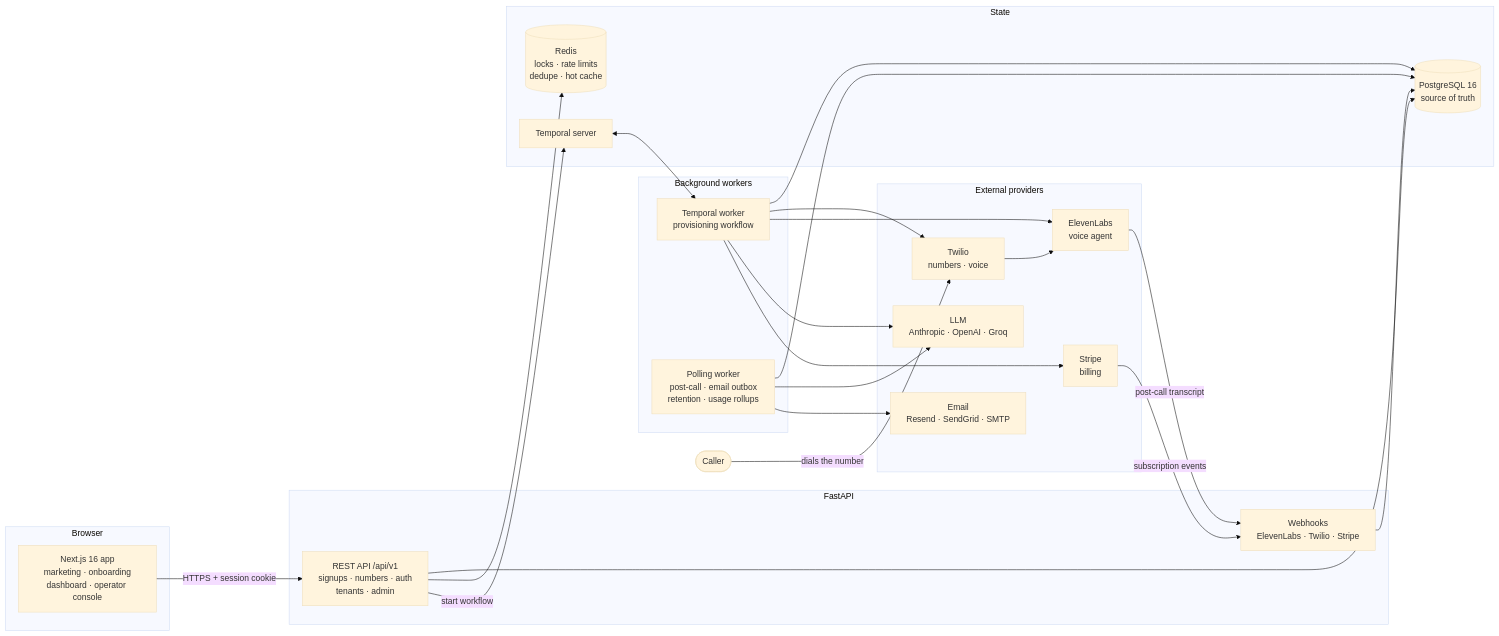
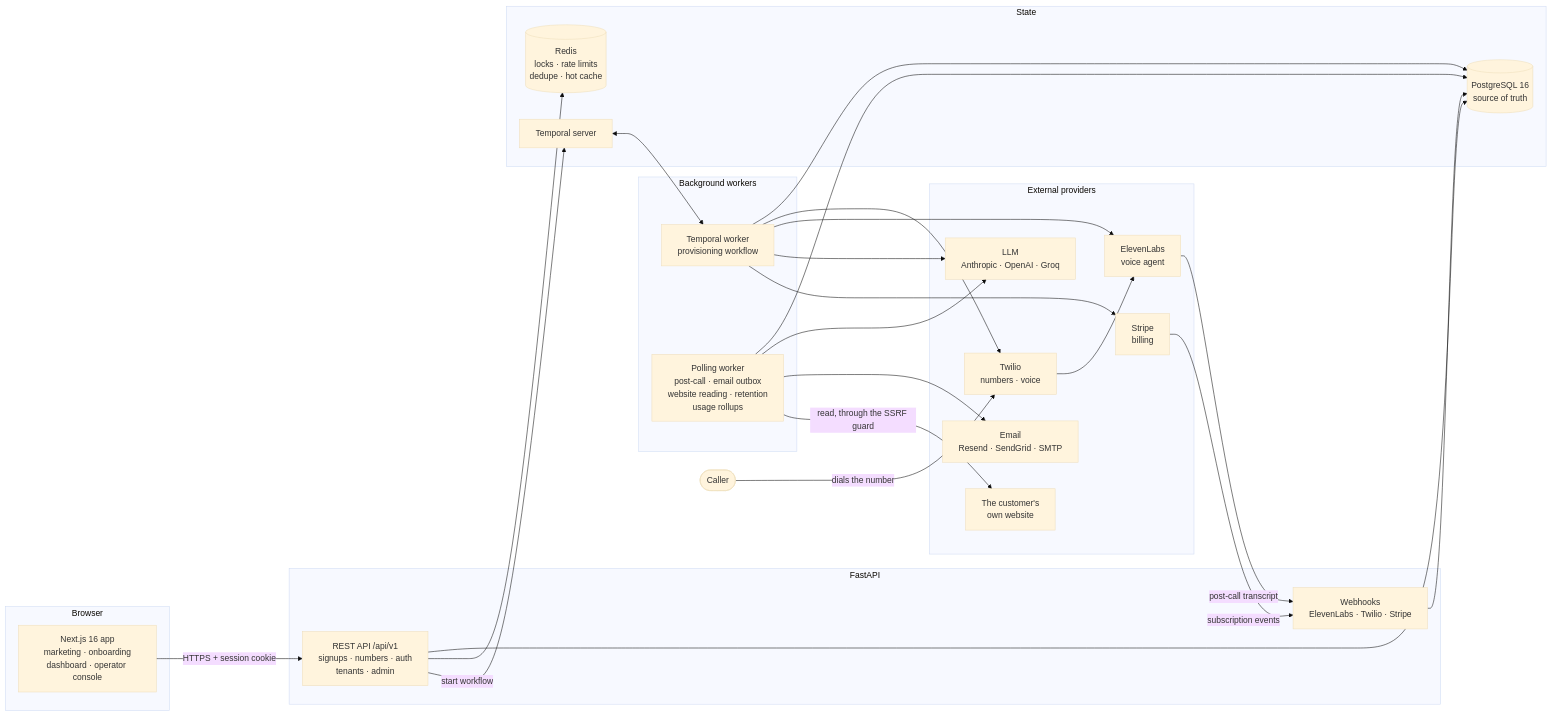
The first of 7 diagrams in README.md (HaRsH00000007/AI-Receptionist), drawn with Mermaid (base theme) before and after one commit. The commit also changed other lines of this file and 10 other files, not shown here.

````diff
--- a/README.md
+++ b/README.md
@@ -139,51 +241,53 @@
 ```mermaid
 flowchart LR
     subgraph Browser
         WEB["Next.js 16 app<br/>marketing · onboarding<br/>dashboard · operator console"]
     end
 
     subgraph API["FastAPI"]
         REST["REST API /api/v1<br/>signups · numbers · auth<br/>tenants · admin"]
         HOOKS["Webhooks<br/>ElevenLabs · Twilio · Stripe"]
     end
 
     subgraph Workers["Background workers"]
         TW["Temporal worker<br/>provisioning workflow"]
-        PW["Polling worker<br/>post-call · email outbox<br/>retention · usage rollups"]
+        PW["Polling worker<br/>post-call · email outbox<br/>website reading · retention<br/>usage rollups"]
     end
 
     subgraph State
         PG[("PostgreSQL 16<br/>source of truth")]
         RD[("Redis<br/>locks · rate limits<br/>dedupe · hot cache")]
         TMP["Temporal server"]
     end
 
     subgraph Vendors["External providers"]
         TWILIO["Twilio<br/>numbers · voice"]
         EL["ElevenLabs<br/>voice agent"]
         LLM["LLM<br/>Anthropic · OpenAI · Groq"]
         MAIL["Email<br/>Resend · SendGrid · SMTP"]
         STRIPE["Stripe<br/>billing"]
+        SITE["The customer's<br/>own website"]
     end
 
     CALLER(["Caller"])
 
     WEB -- "HTTPS + session cookie" --> REST
     REST --> PG
     REST --> RD
     REST -- "start workflow" --> TMP
     TMP <--> TW
     TW --> PG
     TW --> TWILIO
     TW --> EL
     TW --> LLM
     TW --> STRIPE
     PW --> PG
     PW --> LLM
     PW --> MAIL
+    PW -- "read, through the SSRF guard" --> SITE
     CALLER -- "dials the number" --> TWILIO
     TWILIO --> EL
     EL -- "post-call transcript" --> HOOKS
     STRIPE -- "subscription events" --> HOOKS
     HOOKS --> PG
 ```
````
